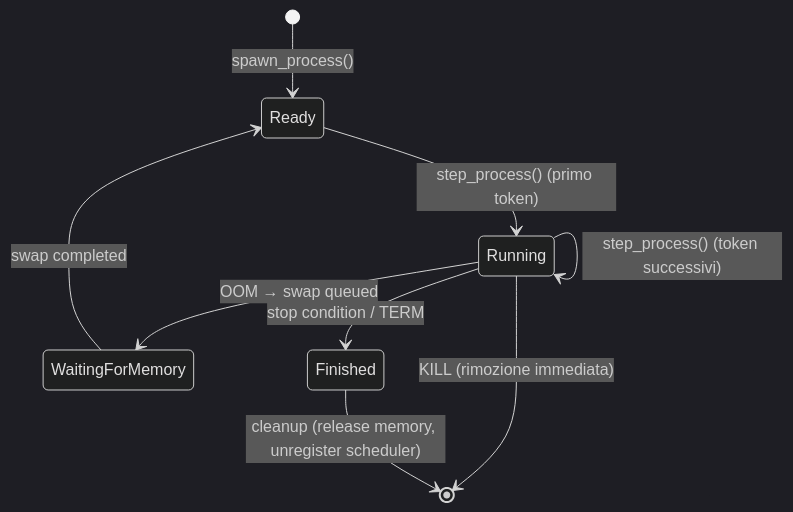
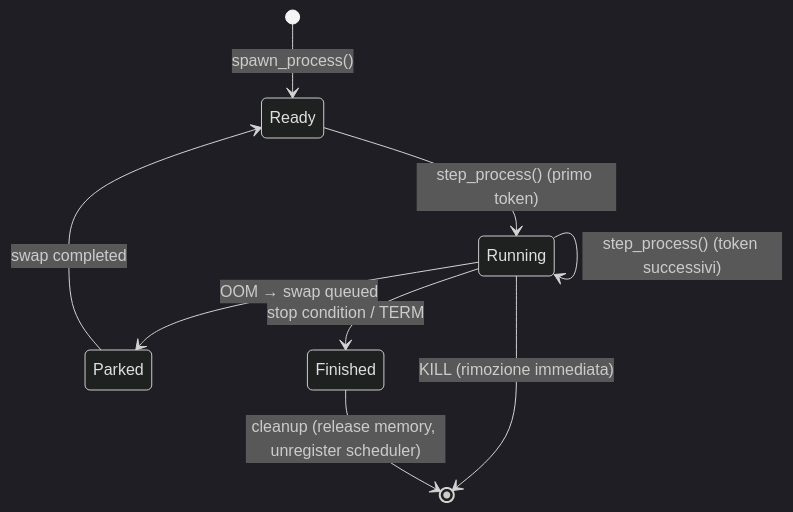
Before and after one commit to Bernuz2003/AgenticOS: the fourth of 10 diagrams in ARCHITECTURE.md, drawn with Mermaid (dark theme). The commit also changed other lines of this file and 58 other files, not shown here.

````diff
--- a/ARCHITECTURE.md
+++ b/ARCHITECTURE.md
@@ -355,11 +355,11 @@
 ```mermaid
 stateDiagram-v2
     [*] --> Ready : spawn_process()
     Ready --> Running : step_process() (primo token)
     Running --> Running : step_process() (token successivi)
-    Running --> WaitingForMemory : OOM → swap queued
-    WaitingForMemory --> Ready : swap completed
+    Running --> Parked : OOM → swap queued
+    Parked --> Ready : swap completed
     Running --> Finished : stop condition / TERM
     Running --> [*] : KILL (rimozione immediata)
     Finished --> [*] : cleanup (release memory, unregister scheduler)
 ```
````
